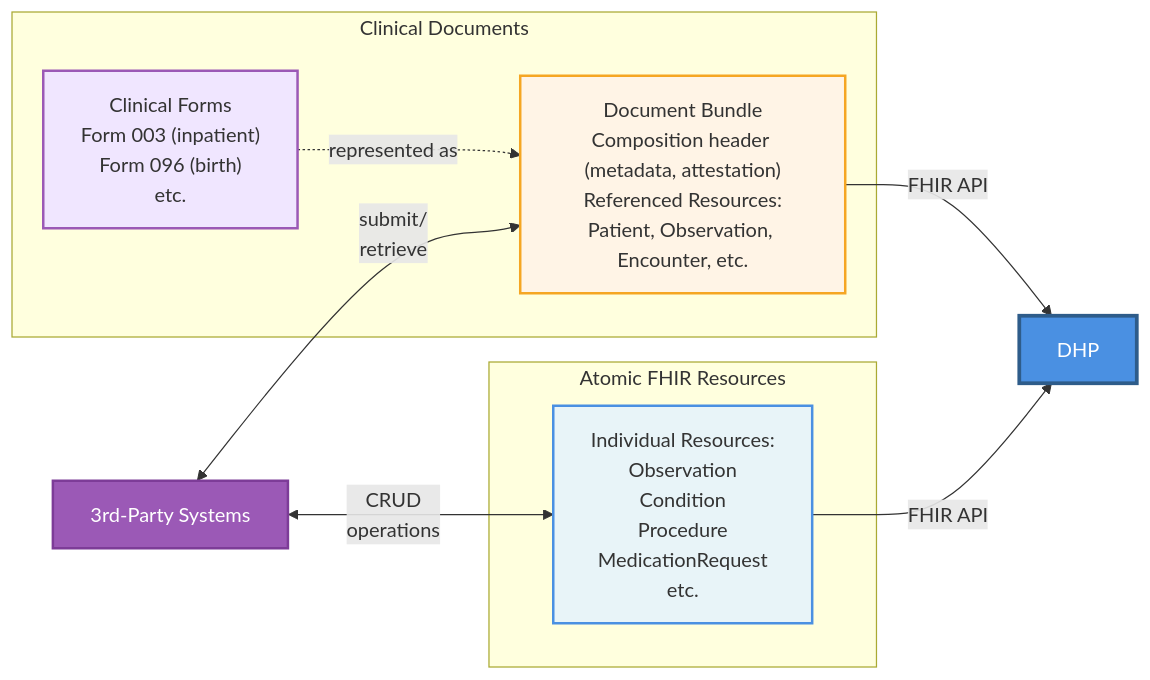
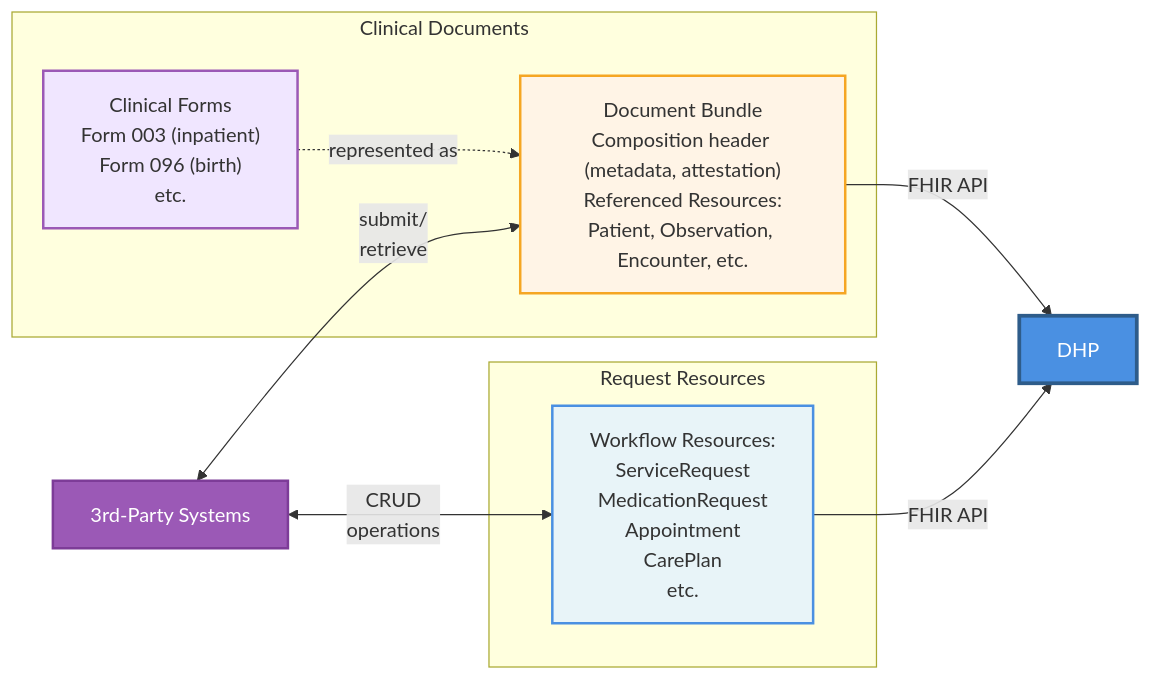
Before and after one commit to vadi2/DHP-integrations-temp: the second of 3 diagrams in input/pagecontent/index.md, drawn with Mermaid. The commit also changed other lines of this file and 1 other file, not shown here.

First line of the commit message:
Document Composition/DocumentReference flow (#17)

````diff
--- a/input/pagecontent/index.md
+++ b/input/pagecontent/index.md
@@ -81,28 +81,28 @@
 ```mermaid
 graph LR
     External["3rd-Party Systems"]
 
-    subgraph Approach1["Atomic FHIR Resources"]
-        Resources["Individual Resources:<br/>Observation<br/>Condition<br/>Procedure<br/>MedicationRequest<br/>etc."]
+    subgraph Approach1["Request Resources"]
+        Resources["Workflow Resources:<br/>ServiceRequest<br/>MedicationRequest<br/>Appointment<br/>CarePlan<br/>etc."]
     end
 
     subgraph Approach2["Clinical Documents"]
         Forms["Clinical Forms<br/>Form 003 (inpatient)<br/>Form 096 (birth)<br/>etc."]
         Document["Document Bundle<br/>Composition header (metadata, attestation)<br/>Referenced Resources:<br/>Patient, Observation, Encounter, etc."]
         Forms -.->|"represented as"| Document
     end
 
     DHP["DHP"]
 
     External <-->|"CRUD<br/>operations"| Resources
     External <-->|"submit/<br/>retrieve"| Document
 
     Resources -->|"FHIR API"| DHP
     Document -->|"FHIR API"| DHP
 
     style External fill:#9B59B6,stroke:#7D3C98,stroke-width:2px,color:#fff
     style Resources fill:#E8F4F8,stroke:#4A90E2,stroke-width:2px
     style Forms fill:#F0E6FF,stroke:#9B59B6,stroke-width:2px
     style Document fill:#FFF4E6,stroke:#F5A623,stroke-width:2px
     style DHP fill:#4A90E2,stroke:#2E5C8A,stroke-width:3px,color:#fff
 ```
````
